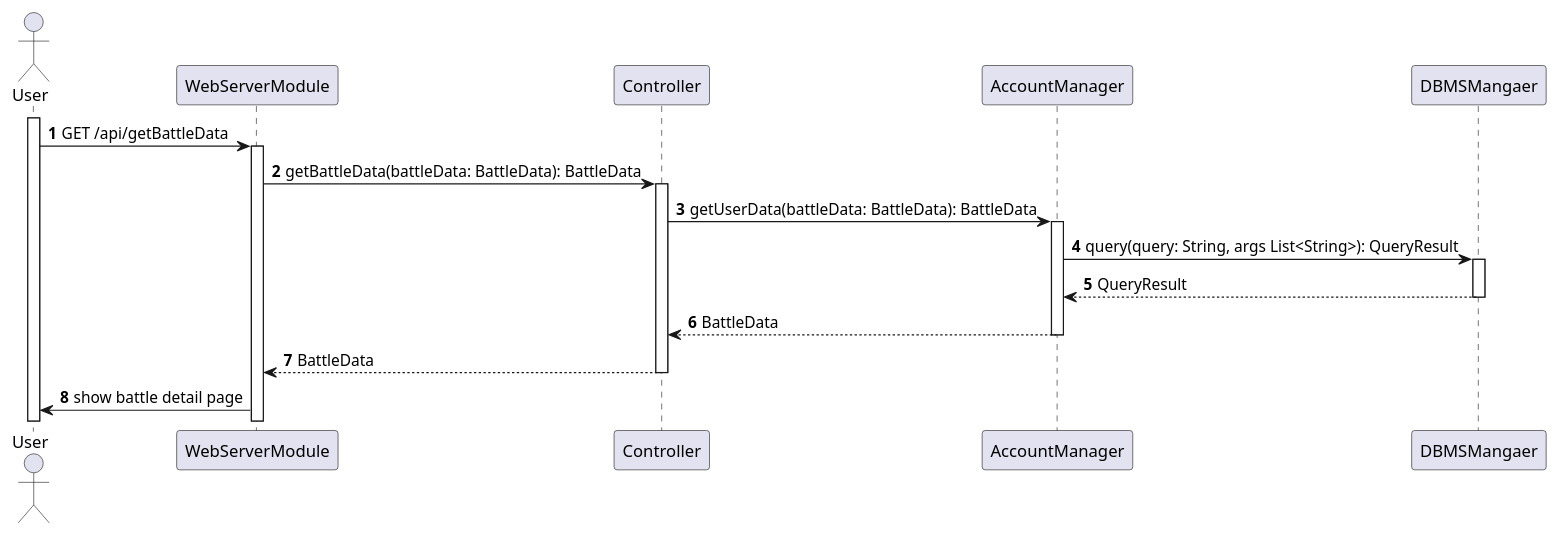
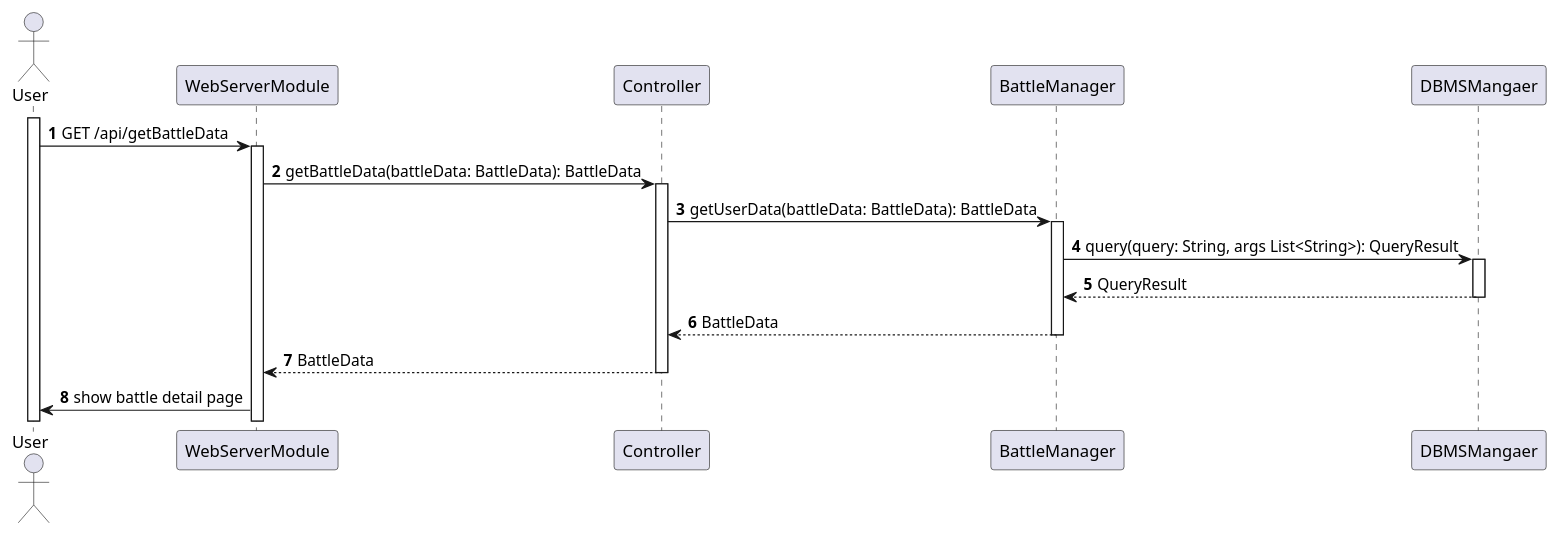
One commit to Angelo7672/SE2_Requirement-and-Design-Document changed the diagram in _DD/Images/sequenceDiagrams/simplegetBattleData.wsd. Above: the diagram before and after it, drawn with PlantUML. The commit also changed 7 other files, not shown here.

Commit message:
(dd) More Sequence Diagram Tweaks

```diff
--- a/_DD/Images/sequenceDiagrams/simplegetBattleData.wsd
+++ b/_DD/Images/sequenceDiagrams/simplegetBattleData.wsd
@@ -1,29 +1,29 @@
 @startuml
 
 autonumber
 actor User as U
 participant WebServerModule as WS
 participant Controller as C
-participant AccountManager as AM
+participant BattleManager as AM
 participant DBMSMangaer as DBMS
 
 activate U
 U->WS: GET /api/getBattleData
 activate WS
 WS->C: getBattleData(battleData: BattleData): BattleData
 activate C 
 C->AM: getUserData(battleData: BattleData): BattleData
 activate AM
 AM->DBMS: query(query: String, args List<String>): QueryResult
 activate DBMS
 DBMS-->AM: QueryResult
 deactivate DBMS
 AM-->C: BattleData
 deactivate AM
 C-->WS: BattleData
 deactivate C
 WS->U: show battle detail page
 
 
 
 @enduml
```
